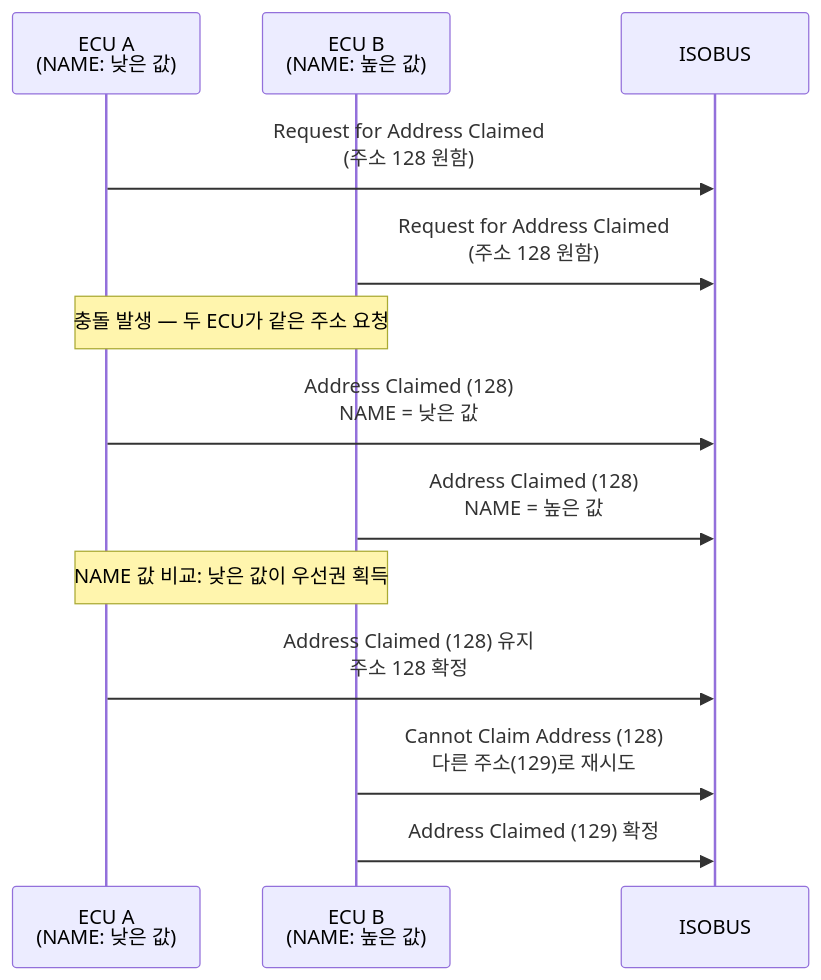
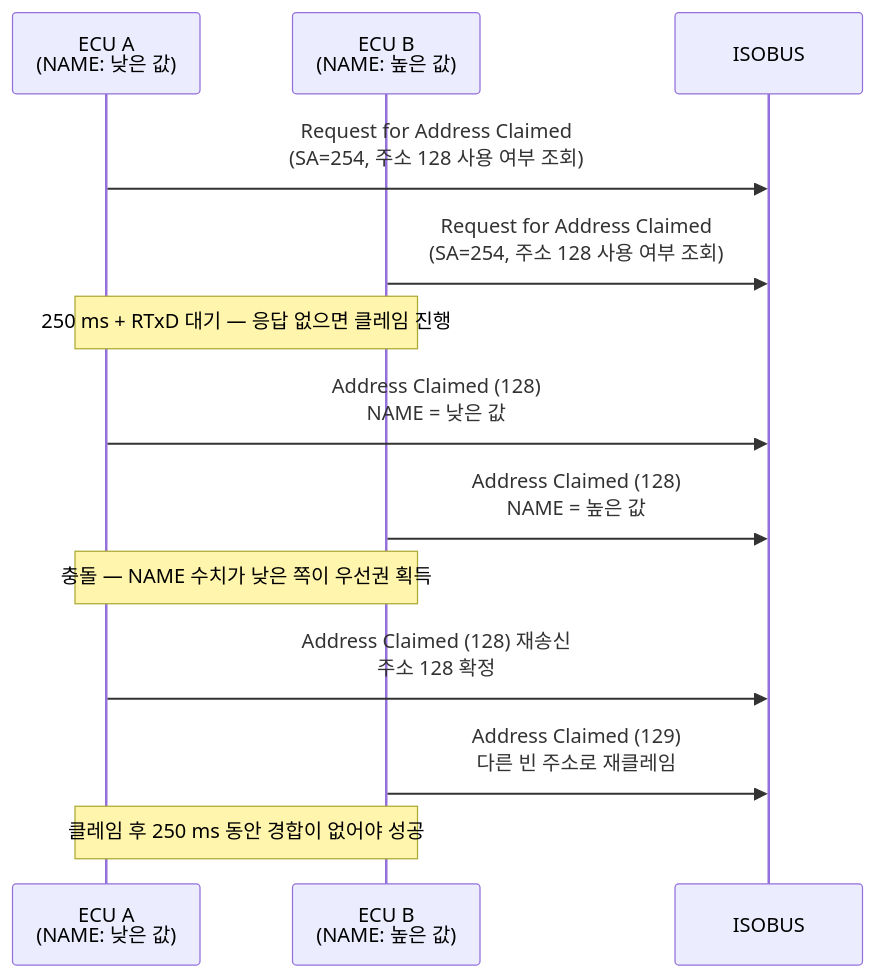
Before and after one commit to hobeen-kim/hobeen-kim.github.io: the first of 4 diagrams in docs/_study/isobus/14-isobus-network-mgmt.md, drawn with Mermaid. The commit also changed other lines of this file and 18 other files, not shown here.

````diff
--- a/docs/_study/isobus/14-isobus-network-mgmt.md
+++ b/docs/_study/isobus/14-isobus-network-mgmt.md
@@ -41,20 +41,21 @@
 ```mermaid
 sequenceDiagram
     participant ECU_A as ECU A<br>(NAME: 낮은 값)
     participant ECU_B as ECU B<br>(NAME: 높은 값)
     participant BUS as ISOBUS
 
-    ECU_A->>BUS: Request for Address Claimed<br>(주소 128 원함)
-    ECU_B->>BUS: Request for Address Claimed<br>(주소 128 원함)
+    ECU_A->>BUS: Request for Address Claimed<br>(SA=254, 주소 128 사용 여부 조회)
+    ECU_B->>BUS: Request for Address Claimed<br>(SA=254, 주소 128 사용 여부 조회)
 
-    Note over ECU_A,ECU_B: 충돌 발생 — 두 ECU가 같은 주소 요청
+    Note over ECU_A,ECU_B: 250 ms + RTxD 대기 — 응답 없으면 클레임 진행
 
     ECU_A->>BUS: Address Claimed (128)<br>NAME = 낮은 값
     ECU_B->>BUS: Address Claimed (128)<br>NAME = 높은 값
 
-    Note over ECU_A,ECU_B: NAME 값 비교: 낮은 값이 우선권 획득
+    Note over ECU_A,ECU_B: 충돌 — NAME 수치가 낮은 쪽이 우선권 획득
 
-    ECU_A->>BUS: Address Claimed (128) 유지<br>주소 128 확정
-    ECU_B->>BUS: Cannot Claim Address (128)<br>다른 주소(129)로 재시도
-    ECU_B->>BUS: Address Claimed (129) 확정
+    ECU_A->>BUS: Address Claimed (128) 재송신<br>주소 128 확정
+    ECU_B->>BUS: Address Claimed (129)<br>다른 빈 주소로 재클레임
+
+    Note over ECU_A,ECU_B: 클레임 후 250 ms 동안 경합이 없어야 성공
 ```
````
